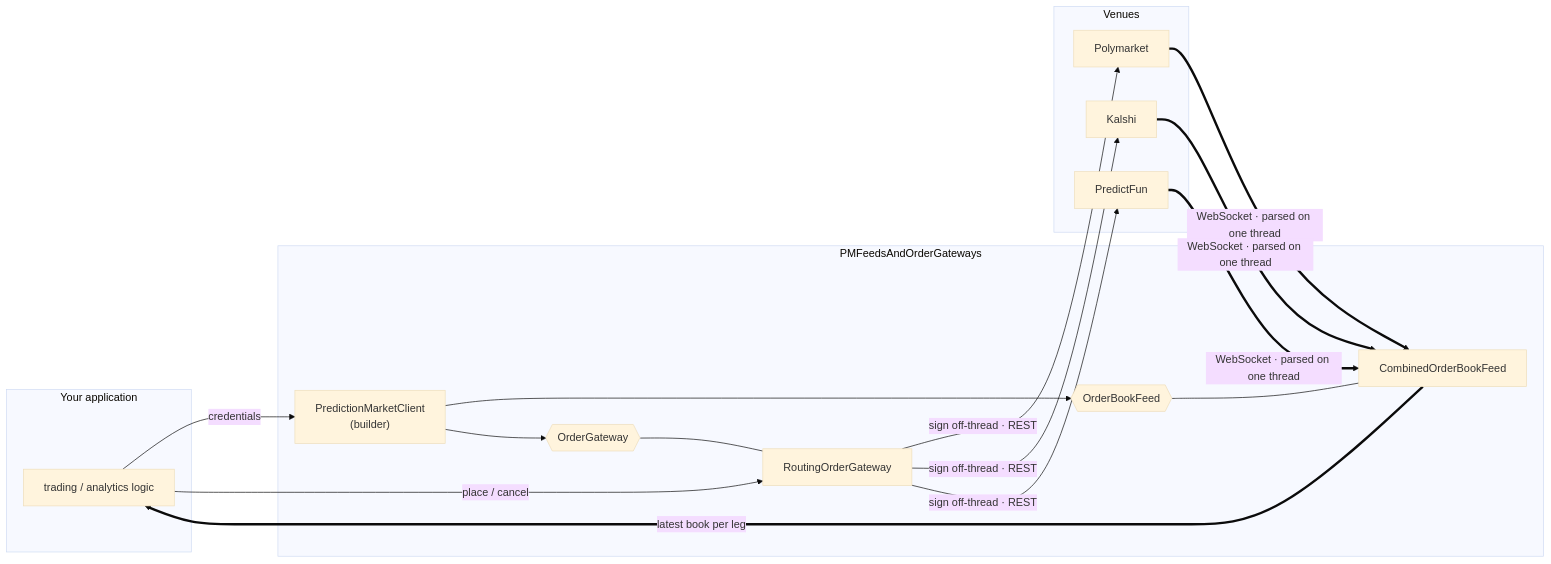
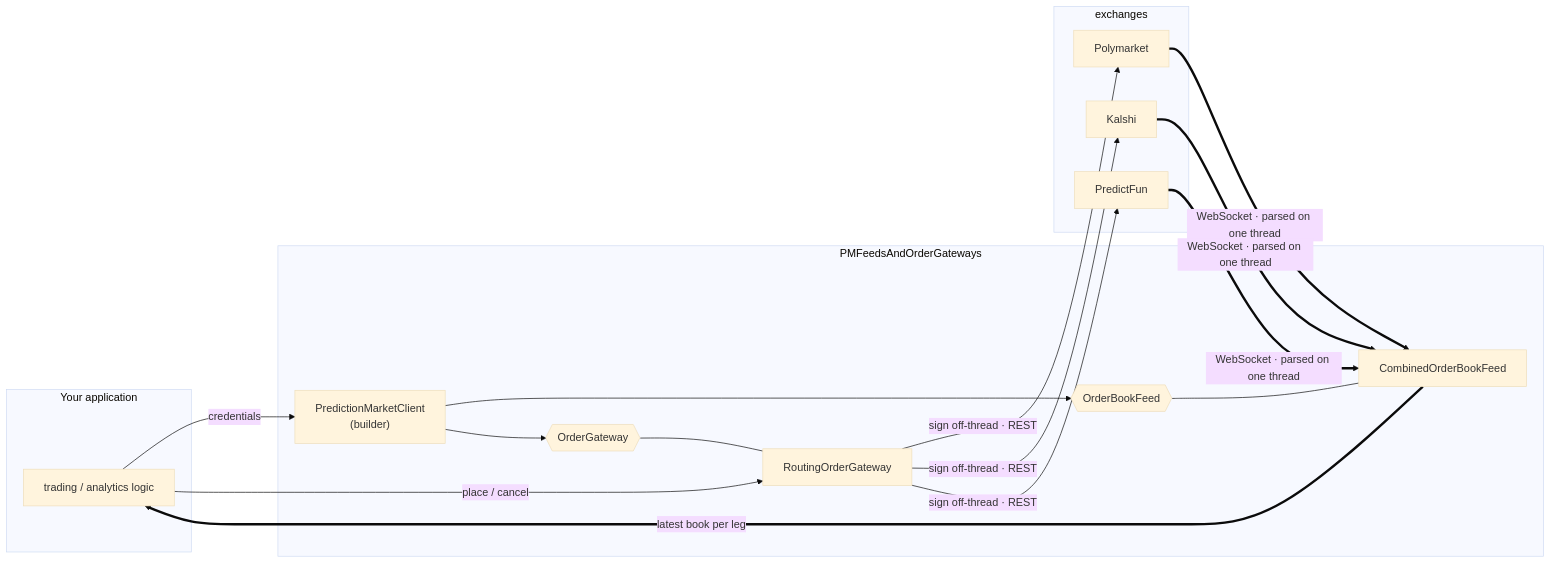
One commit to PolyakovVladislav/PMFeedsAndOrderGateways changed the diagram in README.md. Above: the diagram before and after it, drawn with Mermaid (base theme). The commit also changed other lines of this file, not shown here.

````diff
--- a/README.md
+++ b/README.md
@@ -17,32 +28,32 @@
 ```mermaid
 flowchart LR
     subgraph app["Your application"]
         CODE["trading / analytics logic"]
     end
 
     subgraph lib["PMFeedsAndOrderGateways"]
         CLIENT["PredictionMarketClient<br/>(builder)"]
         FEED{{"OrderBookFeed"}}
         GATE{{"OrderGateway"}}
         COMB["CombinedOrderBookFeed"]
         ROUTE["RoutingOrderGateway"]
     end
 
-    subgraph venues["Venues"]
+    subgraph exchanges["exchanges"]
         POLY["Polymarket"]
         KAL["Kalshi"]
         PF["PredictFun"]
     end
 
     CODE -->|"credentials"| CLIENT
     CLIENT --> FEED
     CLIENT --> GATE
     FEED --- COMB
     GATE --- ROUTE
 
     POLY & KAL & PF ==>|"WebSocket · parsed on one thread"| COMB
     COMB ==>|"latest book per leg"| CODE
 
     CODE -->|"place / cancel"| ROUTE
     ROUTE -->|"sign off-thread · REST"| POLY & KAL & PF
 ```
````
